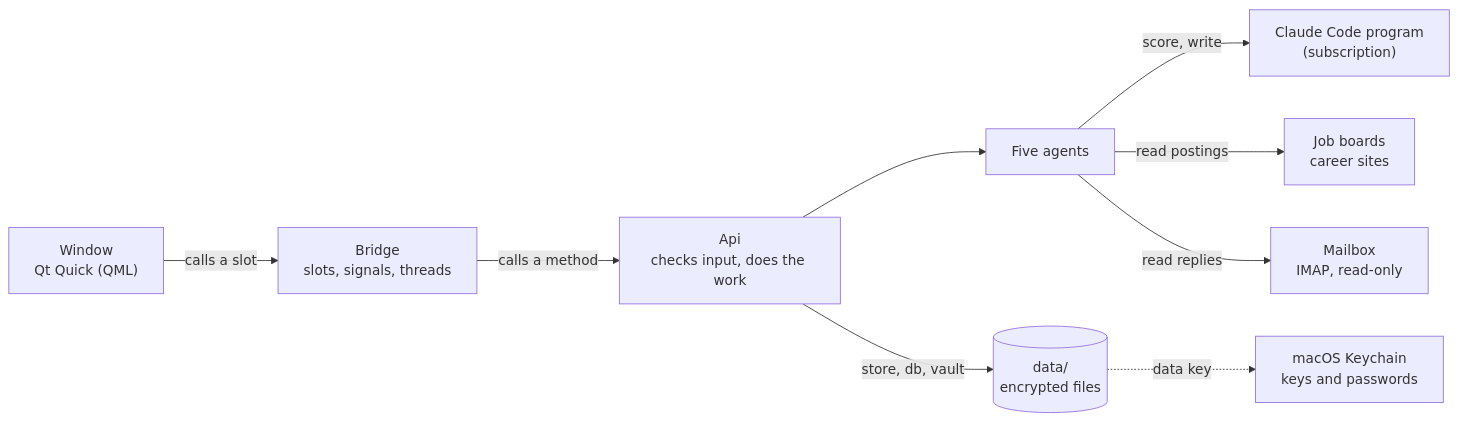
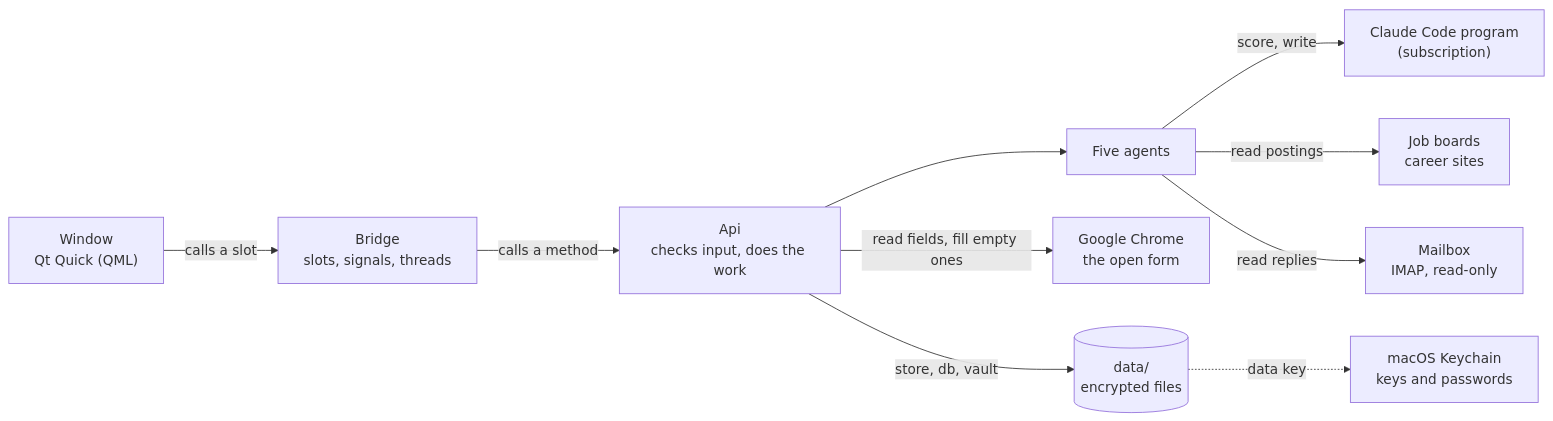
One commit to defoltbl/JobHelper changed the diagram in README.md. Above: the diagram before and after it, drawn with Mermaid. The commit also changed other lines of this file and 40 other files, not shown here.

Commit message:
Assistant robot on the line: fills in the application form open in Chrome

````diff
--- a/README.md
+++ b/README.md
@@ -83,21 +87,23 @@
 ```mermaid
 flowchart LR
     W["Window<br/>Qt Quick (QML)"]
     B["Bridge<br/>slots, signals, threads"]
     A["Api<br/>checks input, does the work"]
     AG["Five agents"]
     C["Claude Code program<br/>(subscription)"]
     S["Job boards<br/>career sites"]
+    G["Google Chrome<br/>the open form"]
     M["Mailbox<br/>IMAP, read-only"]
     D[("data/<br/>encrypted files")]
     K["macOS Keychain<br/>keys and passwords"]
 
     W -->|"calls a slot"| B
     B -->|"calls a method"| A
     A --> AG
     AG -->|"score, write"| C
     AG -->|"read postings"| S
     AG -->|"read replies"| M
+    A -->|"read fields, fill empty ones"| G
     A -->|"store, db, vault"| D
     D -.->|"data key"| K
 ```
````
